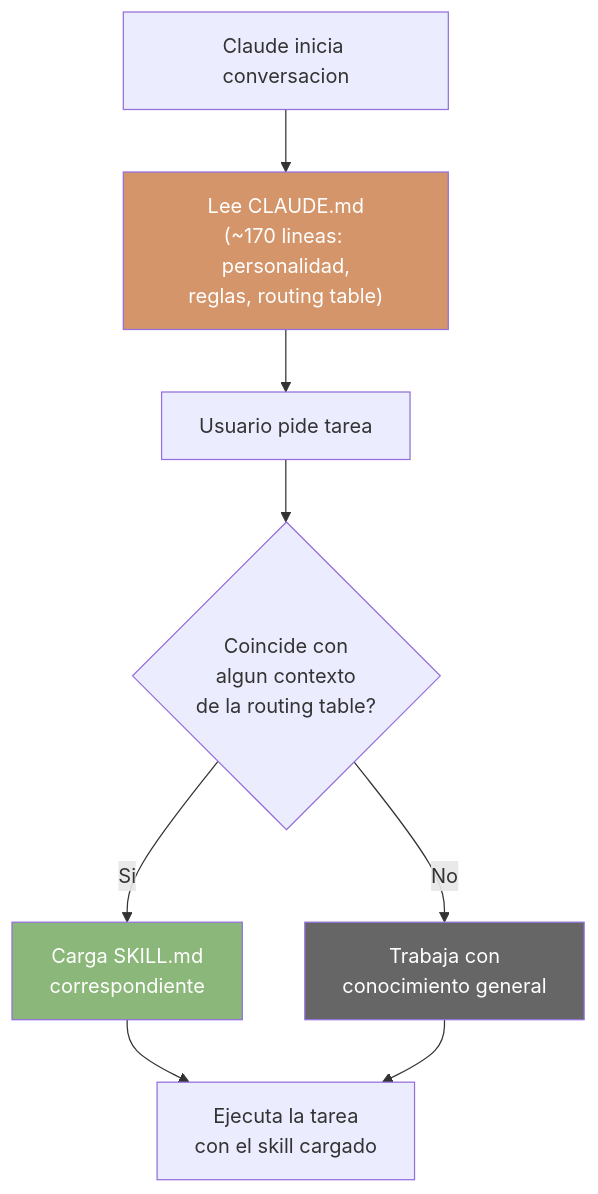
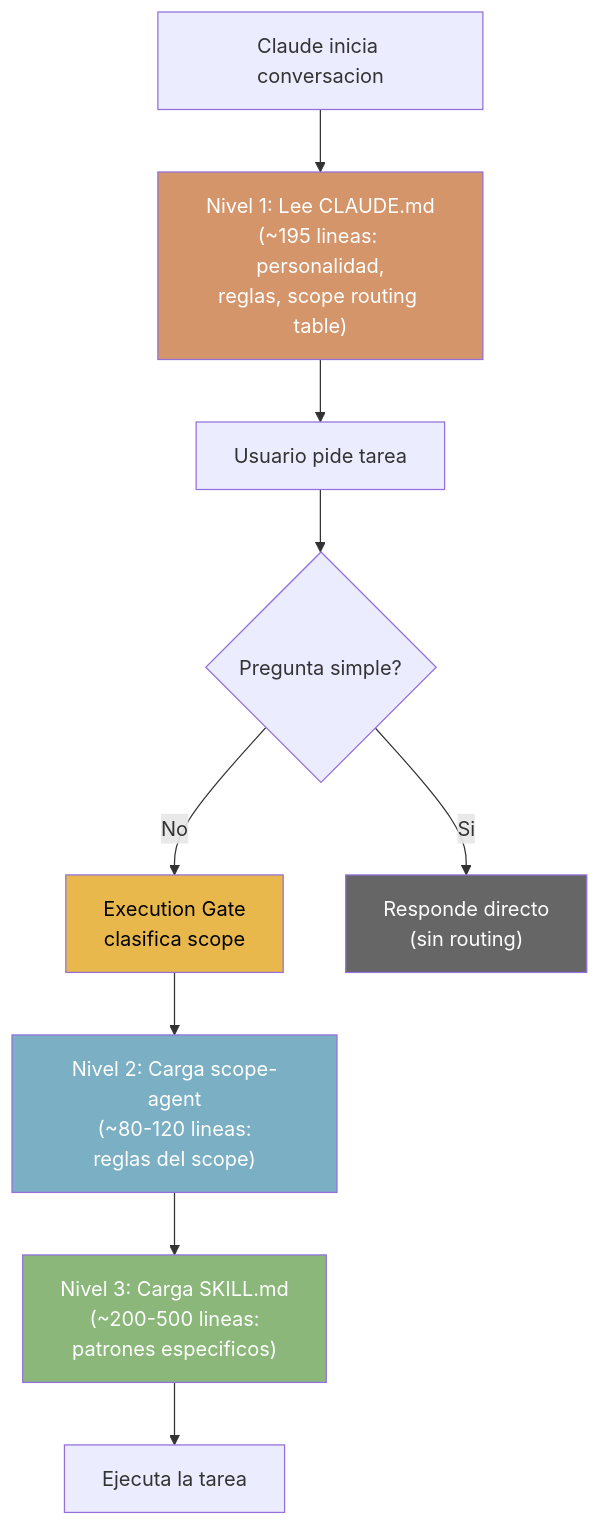
Before and after one commit to jota-batuta/batuta-dots: the sixth of 12 diagrams in guides/arquitectura-diagrama.md, drawn with Mermaid. The commit also changed other lines of this file and 34 other files, not shown here.

````diff
--- a/guides/arquitectura-diagrama.md
+++ b/guides/arquitectura-diagrama.md
@@ -111,18 +196,22 @@
 ```mermaid
 flowchart TD
     START["Claude inicia conversacion"]
-    READ["Lee CLAUDE.md<br/>(~170 lineas: personalidad,<br/>reglas, routing table)"]
+    READ["Nivel 1: Lee CLAUDE.md<br/>(~195 lineas: personalidad,<br/>reglas, scope routing table)"]
     TASK["Usuario pide tarea"]
-    MATCH{"Coincide con<br/>algun contexto<br/>de la routing table?"}
-    LOAD["Carga SKILL.md<br/>correspondiente"]
-    NOLOAD["Trabaja con<br/>conocimiento general"]
-    WORK["Ejecuta la tarea<br/>con el skill cargado"]
+    GATE["Execution Gate<br/>clasifica scope"]
+    LOAD_AGENT["Nivel 2: Carga scope-agent<br/>(~80-120 lineas:<br/>reglas del scope)"]
+    LOAD_SKILL["Nivel 3: Carga SKILL.md<br/>(~200-500 lineas:<br/>patrones especificos)"]
+    WORK["Ejecuta la tarea"]
+    SIMPLE{"Pregunta simple?"}
+    DIRECT["Responde directo<br/>(sin routing)"]
 
-    START --> READ --> TASK --> MATCH
-    MATCH -->|"Si"| LOAD --> WORK
-    MATCH -->|"No"| NOLOAD --> WORK
+    START --> READ --> TASK --> SIMPLE
+    SIMPLE -->|"Si"| DIRECT
+    SIMPLE -->|"No"| GATE --> LOAD_AGENT --> LOAD_SKILL --> WORK
 
     style READ fill:#D4956A,color:#fff
-    style LOAD fill:#8BB87A,color:#fff
-    style NOLOAD fill:#666,color:#fff
+    style LOAD_AGENT fill:#7AAFC4,color:#fff
+    style LOAD_SKILL fill:#8BB87A,color:#fff
+    style GATE fill:#E8B84D,color:#000
+    style DIRECT fill:#666,color:#fff
 ```
````
